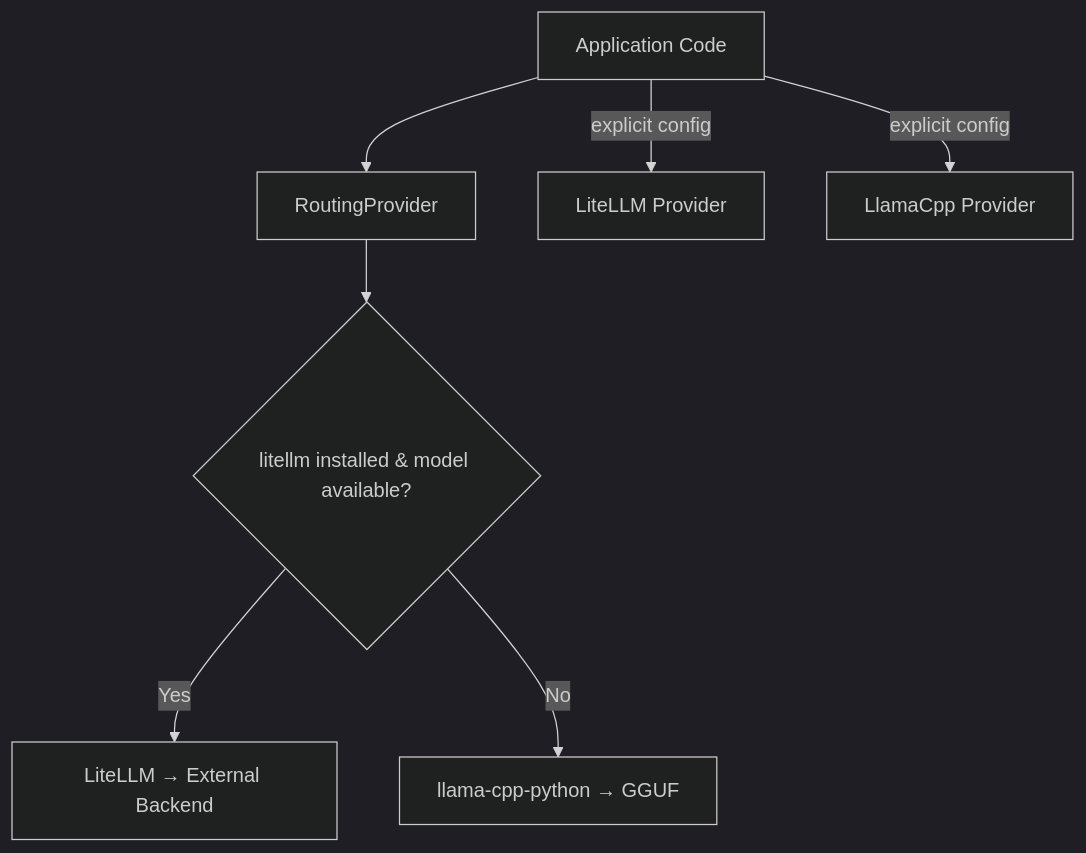
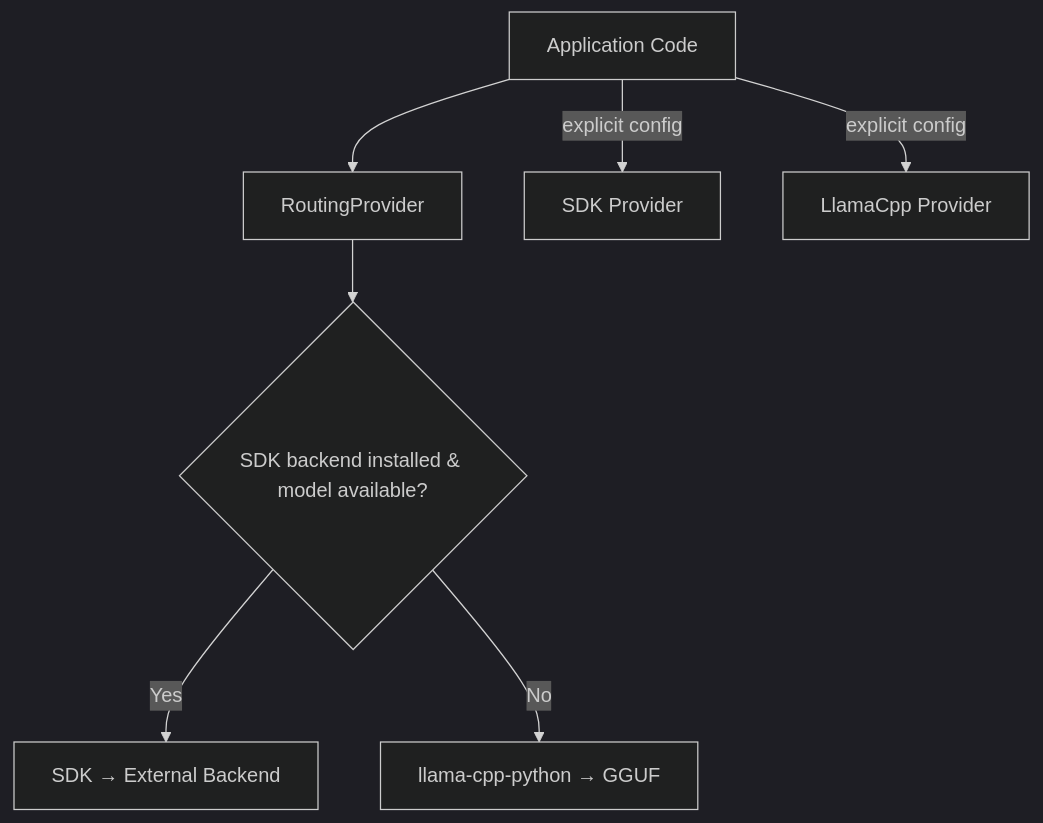
Before and after one commit to tobocop2/lilbee: the second of 3 diagrams in docs/architecture.md, drawn with Mermaid (dark theme). The commit also changed other lines of this file and 4 other files, not shown here.

````diff
--- a/docs/architecture.md
+++ b/docs/architecture.md
@@ -78,10 +78,10 @@
 ```mermaid
 flowchart TD
     APP[Application Code] --> ROUTE[RoutingProvider]
-    ROUTE --> CHECK{litellm installed & model available?}
-    CHECK -->|Yes| LIT[LiteLLM → External Backend]
+    ROUTE --> CHECK{SDK backend installed & model available?}
+    CHECK -->|Yes| SDK_BACK[SDK → External Backend]
     CHECK -->|No| LCPP[llama-cpp-python → GGUF]
 
-    APP -->|explicit config| LIT_P[LiteLLM Provider]
+    APP -->|explicit config| SDK_P[SDK Provider]
     APP -->|explicit config| LCPP_P[LlamaCpp Provider]
 ```
````
